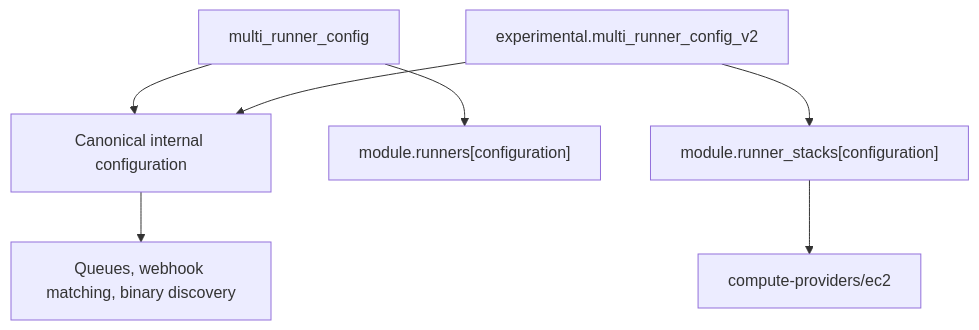
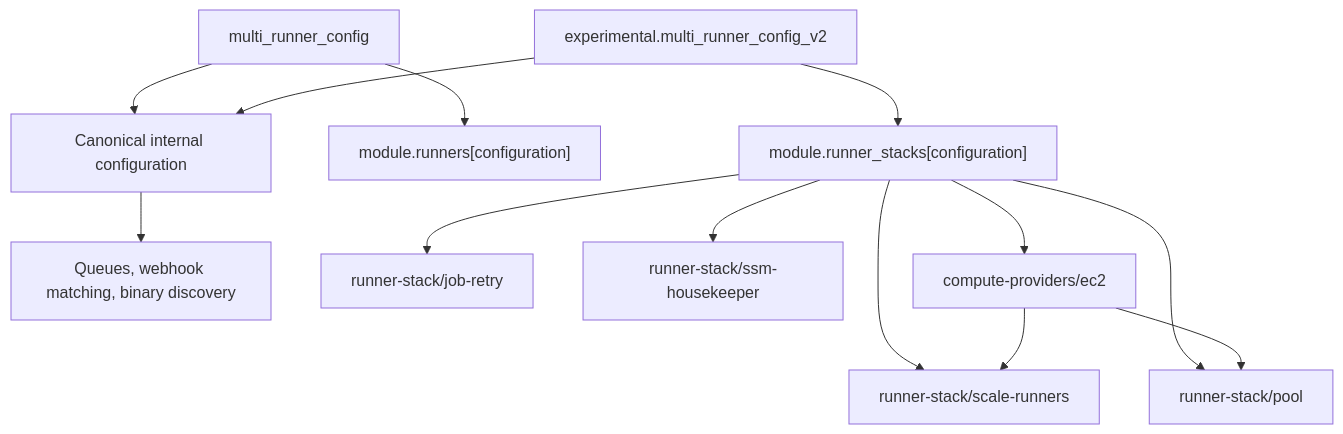
Before and after one commit to github-aws-runners/terraform-aws-github-runner: the diagram in docs/modules/internal/compute-provider-refactor.md, drawn with Mermaid. The commit also changed other lines of this file and 41 other files, not shown here.

Commit message:
refactor(runner-stack): isolate control-plane components

````diff
--- a/docs/modules/internal/compute-provider-refactor.md
+++ b/docs/modules/internal/compute-provider-refactor.md
@@ -33,9 +39,15 @@
 ```mermaid
 flowchart TD
   Stable["multi_runner_config"] --> Normalize["Canonical internal configuration"]
   Experimental["experimental.multi_runner_config_v2"] --> Normalize
   Normalize --> Shared["Queues, webhook matching, binary discovery"]
   Stable --> Legacy["module.runners[configuration]"]
   Experimental --> Stack["module.runner_stacks[configuration]"]
+  Stack --> Scaling["runner-stack/scale-runners"]
+  Stack --> Pool["runner-stack/pool"]
+  Stack --> Retry["runner-stack/job-retry"]
+  Stack --> Housekeeper["runner-stack/ssm-housekeeper"]
   Stack --> Provider["compute-providers/ec2"]
+  Provider --> Scaling
+  Provider --> Pool
 ```
````
